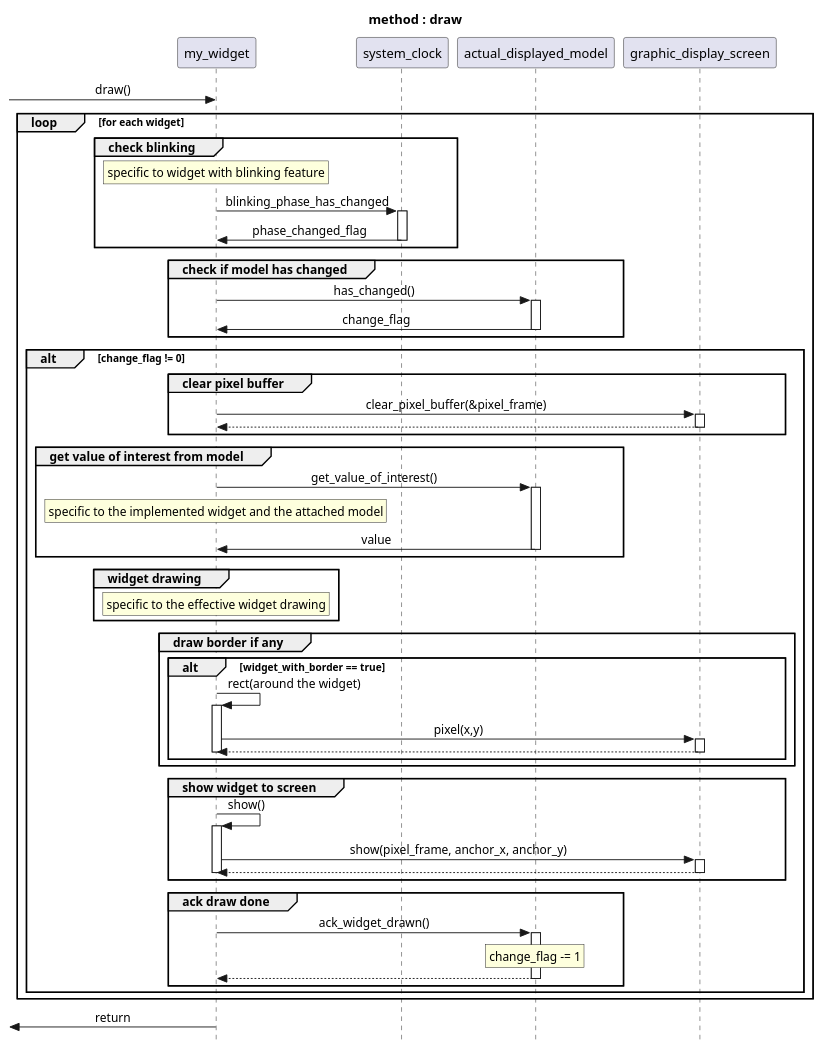
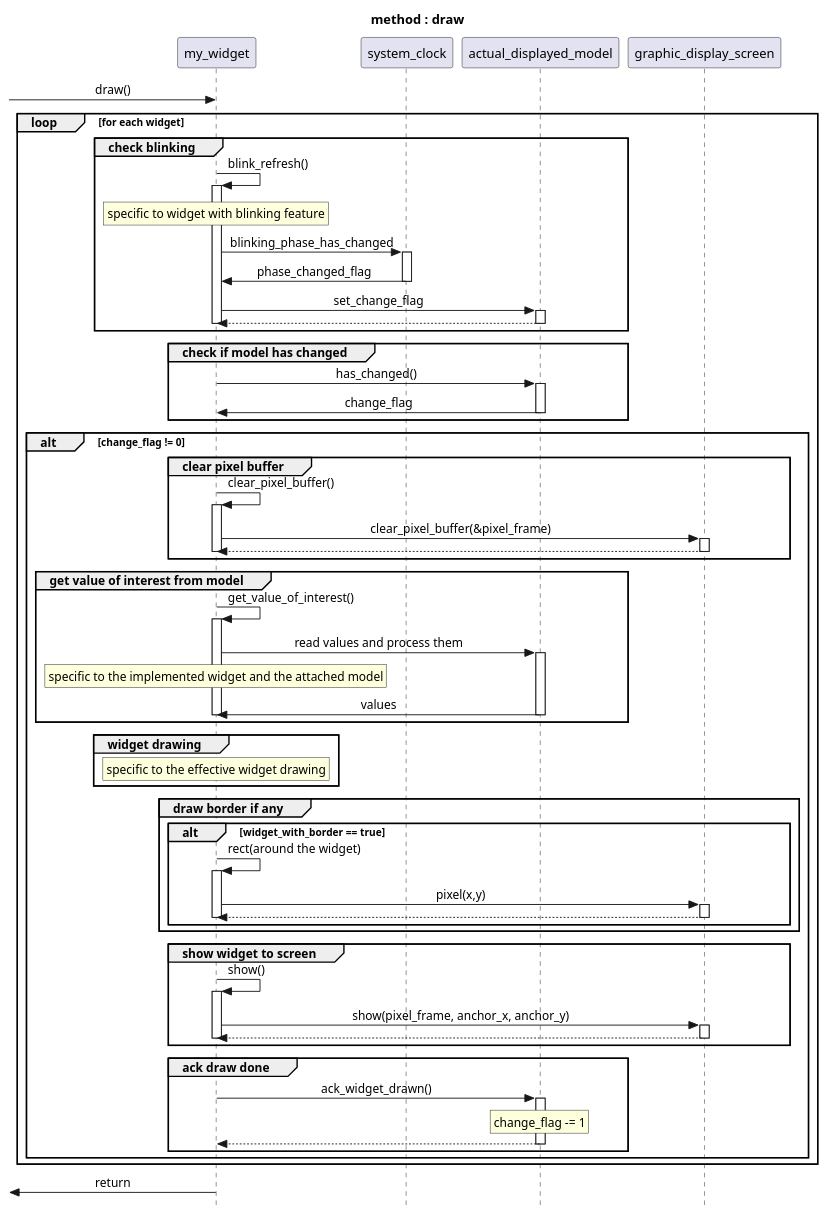
The diagram in docs/uml/draw_if_changed_scenario.puml (xiansnn/CPP_DevKit2), drawn with PlantUML before and after one commit. The commit also changed 1 other file, not shown here.

Commit message:
update uml

```diff
--- a/docs/uml/draw_if_changed_scenario.puml
+++ b/docs/uml/draw_if_changed_scenario.puml
@@ -1,58 +1,66 @@
 @startuml draw
 title method : draw
 skinparam style strictuml
 skinparam SequenceMessageAlignment center
 
 [-> my_widget : draw()
     
 loop for each widget
 group check blinking
+my_widget -> my_widget ++ : blink_refresh()
 rnote over my_widget : specific to widget with blinking feature
-my_widget -> system_clock++ : blinking_phase_has_changed
-my_widget <- system_clock-- : phase_changed_flag
+my_widget -> system_clock ++ : blinking_phase_has_changed
+my_widget <- system_clock --: phase_changed_flag
+my_widget -> actual_displayed_model ++ : set_change_flag
+return
+deactivate my_widget
 end
 
 
 group check if model has changed
 actual_displayed_model <- my_widget ++: has_changed()
 actual_displayed_model -> my_widget --: change_flag
 end
 alt change_flag != 0
 
 group clear pixel buffer
+my_widget -> my_widget ++: clear_pixel_buffer()
 my_widget -> graphic_display_screen ++: clear_pixel_buffer(&pixel_frame)
 return
+deactivate my_widget
 end
 group get value of interest from model
-actual_displayed_model <- my_widget ++: get_value_of_interest()
+my_widget->my_widget ++: get_value_of_interest()
+actual_displayed_model <- my_widget ++: read values and process them
 rnote over my_widget : specific to the implemented widget and the attached model
-actual_displayed_model -> my_widget --: value
+actual_displayed_model -> my_widget --: values
+deactivate my_widget
 end
 group widget drawing
 rnote over my_widget : specific to the effective widget drawing
 end
 
 group draw border if any
 alt widget_with_border == true
 my_widget -> my_widget ++: rect(around the widget)
 my_widget -> graphic_display_screen ++: pixel(x,y)
 return
 deactivate my_widget
 end
 end
 group show widget to screen
 my_widget-> my_widget ++ : show()
 my_widget -> graphic_display_screen ++: show(pixel_frame, anchor_x, anchor_y)
 return
 deactivate my_widget
 end
 
 group ack draw done 
 my_widget -> actual_displayed_model ++: ack_widget_drawn()
 rnote over actual_displayed_model : change_flag -= 1
 return
 end
 end
 end
 [<- my_widget: return
 @enduml
```
